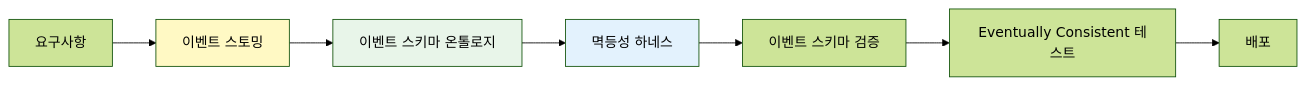
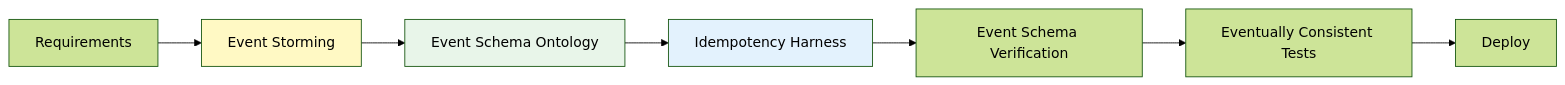
Before and after one commit to devfloor9/engineering-playbook: the first of 2 diagrams in docs/aidlc/enterprise/msa-complexity/pattern-guides/l3-l4-async-saga.md, drawn with Mermaid (forest theme). The commit also changed other lines of this file and 954 other files, not shown here.

````diff
--- a/docs/aidlc/enterprise/msa-complexity/pattern-guides/l3-l4-async-saga.md
+++ b/docs/aidlc/enterprise/msa-complexity/pattern-guides/l3-l4-async-saga.md
@@ -32,13 +32,13 @@
 ```mermaid
 graph LR
-    A[요구사항] --> B[이벤트 스토밍]
-    B --> C[이벤트 스키마 온톨로지]
-    C --> D[멱등성 하네스]
-    D --> E[이벤트 스키마 검증]
-    E --> F[Eventually Consistent 테스트]
-    F --> G[배포]
+    A[Requirements] --> B[Event Storming]
+    B --> C[Event Schema Ontology]
+    C --> D[Idempotency Harness]
+    D --> E[Event Schema Verification]
+    E --> F[Eventually Consistent Tests]
+    F --> G[Deploy]
 
     style B fill:#FFF9C4
     style C fill:#E8F5E9
     style D fill:#E3F2FD
 ```
````
